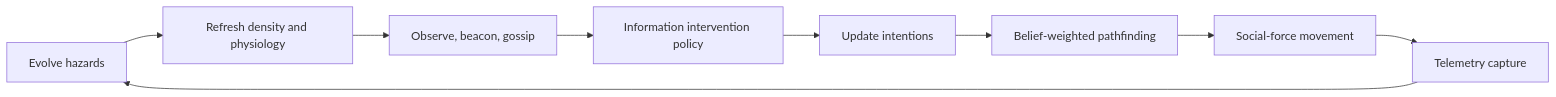
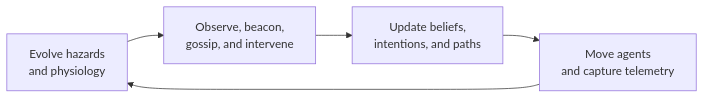
One commit to gongahkia/chiyoda changed the diagram in paper/figures/intervention-loop.mmd. Above: the diagram before and after it, drawn with Mermaid. The commit also changed 20 other files, not shown here.

```diff
--- a/paper/figures/intervention-loop.mmd
+++ b/paper/figures/intervention-loop.mmd
@@ -1,9 +1,5 @@
 flowchart LR
-  A["Evolve hazards"] --> B["Refresh density and physiology"]
-  B --> C["Observe, beacon, gossip"]
-  C --> D["Information intervention policy"]
-  D --> E["Update intentions"]
-  E --> F["Belief-weighted pathfinding"]
-  F --> G["Social-force movement"]
-  G --> H["Telemetry capture"]
-  H --> A
+  A["Evolve hazards<br/>and physiology"] --> B["Observe, beacon,<br/>gossip, and intervene"]
+  B --> C["Update beliefs,<br/>intentions, and paths"]
+  C --> D["Move agents<br/>and capture telemetry"]
+  D --> A
```
